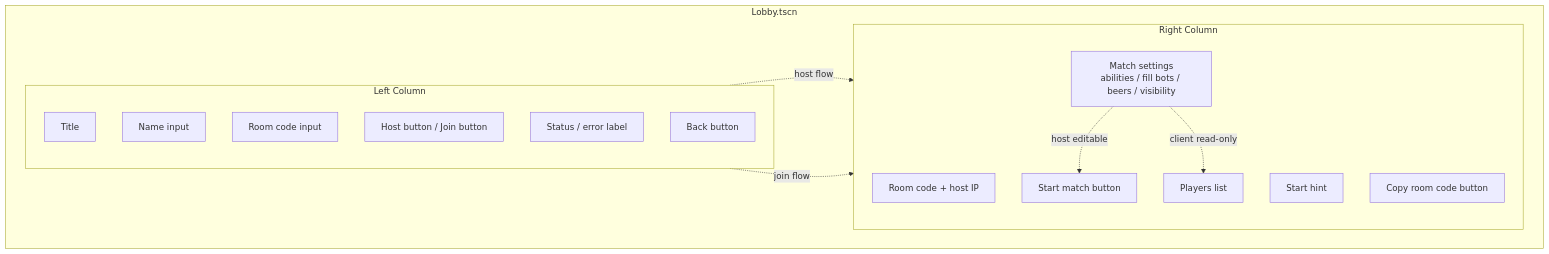
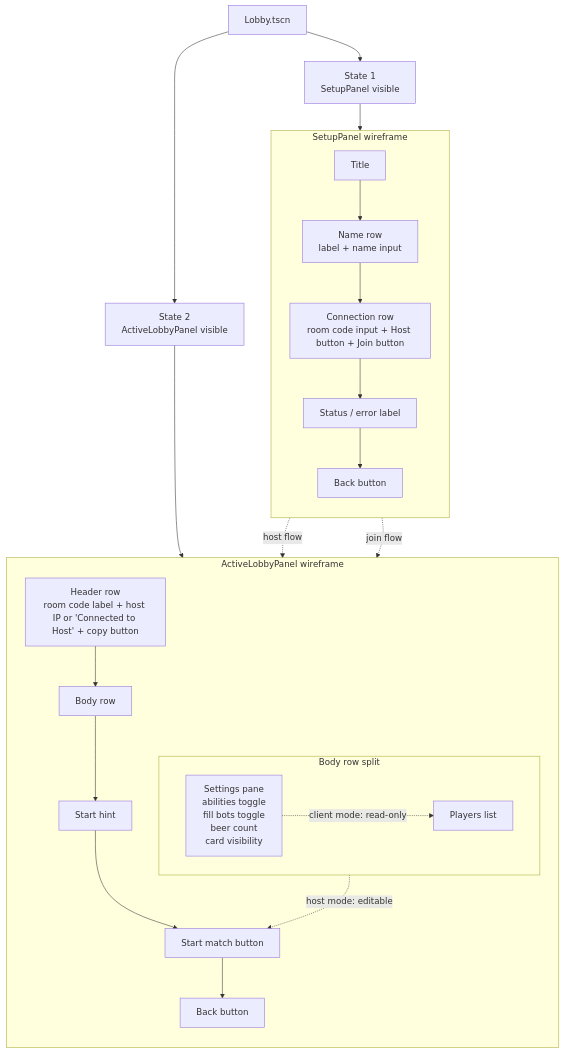
The eighth of 10 diagrams in DESIGN.md (DinVin24/dutch), drawn with Mermaid before and after one commit.

Commit message:
docs(design): polish lobby wireframe
Agent: Executor

Rewrite the lobby Mermaid wireframe to show explicit setup and active lobby panel states, panel structure, and host/client behavior instead of floating column labels.

````diff
--- a/DESIGN.md
+++ b/DESIGN.md
@@ -346,31 +346,38 @@
 ```mermaid
-flowchart LR
-    subgraph LobbyScreen["Lobby.tscn"]
-        direction LR
+flowchart TB
+    Root["Lobby.tscn"] --> SetupState["State 1<br/>SetupPanel visible"]
+    Root --> ActiveState["State 2<br/>ActiveLobbyPanel visible"]
 
-        subgraph LeftColumn["Left Column"]
-            direction TB
-            L1["Title"]
-            L2["Name input"]
-            L3["Room code input"]
-            L4["Host button / Join button"]
-            L5["Status / error label"]
-            L6["Back button"]
-        end
+    subgraph SetupPanel["SetupPanel wireframe"]
+        direction TB
+        S1["Title"]
+        S2["Name row<br/>label + name input"]
+        S3["Connection row<br/>room code input + Host button + Join button"]
+        S4["Status / error label"]
+        S5["Back button"]
+        S1 --> S2 --> S3 --> S4 --> S5
+    end
 
-        subgraph RightColumn["Right Column"]
-            direction TB
-            R1["Room code + host IP"]
-            R2["Players list"]
-            R3["Match settings<br/>abilities / fill bots / beers / visibility"]
-            R4["Start hint"]
-            R5["Start match button"]
-            R6["Copy room code button"]
+    subgraph ActivePanel["ActiveLobbyPanel wireframe"]
+        direction TB
+        A1["Header row<br/>room code label + host IP or 'Connected to Host' + copy button"]
+        A2["Body row"]
+        A3["Start hint"]
+        A4["Start match button"]
+        A5["Back button"]
+        A1 --> A2 --> A3 --> A4 --> A5
+
+        subgraph BodyRow["Body row split"]
+            direction LR
+            B1["Players list"]
+            B2["Settings pane<br/>abilities toggle<br/>fill bots toggle<br/>beer count<br/>card visibility"]
         end
     end
 
-    L4 -. host flow .-> R1
-    L4 -. join flow .-> R2
-    R3 -. host editable .-> R5
-    R3 -. client read-only .-> R2
+    SetupState --> SetupPanel
+    ActiveState --> ActivePanel
+    S3 -. host flow .-> A1
+    S3 -. join flow .-> A1
+    B2 -. host mode: editable .-> A4
+    B2 -. client mode: read-only .-> B1
 ```
````
